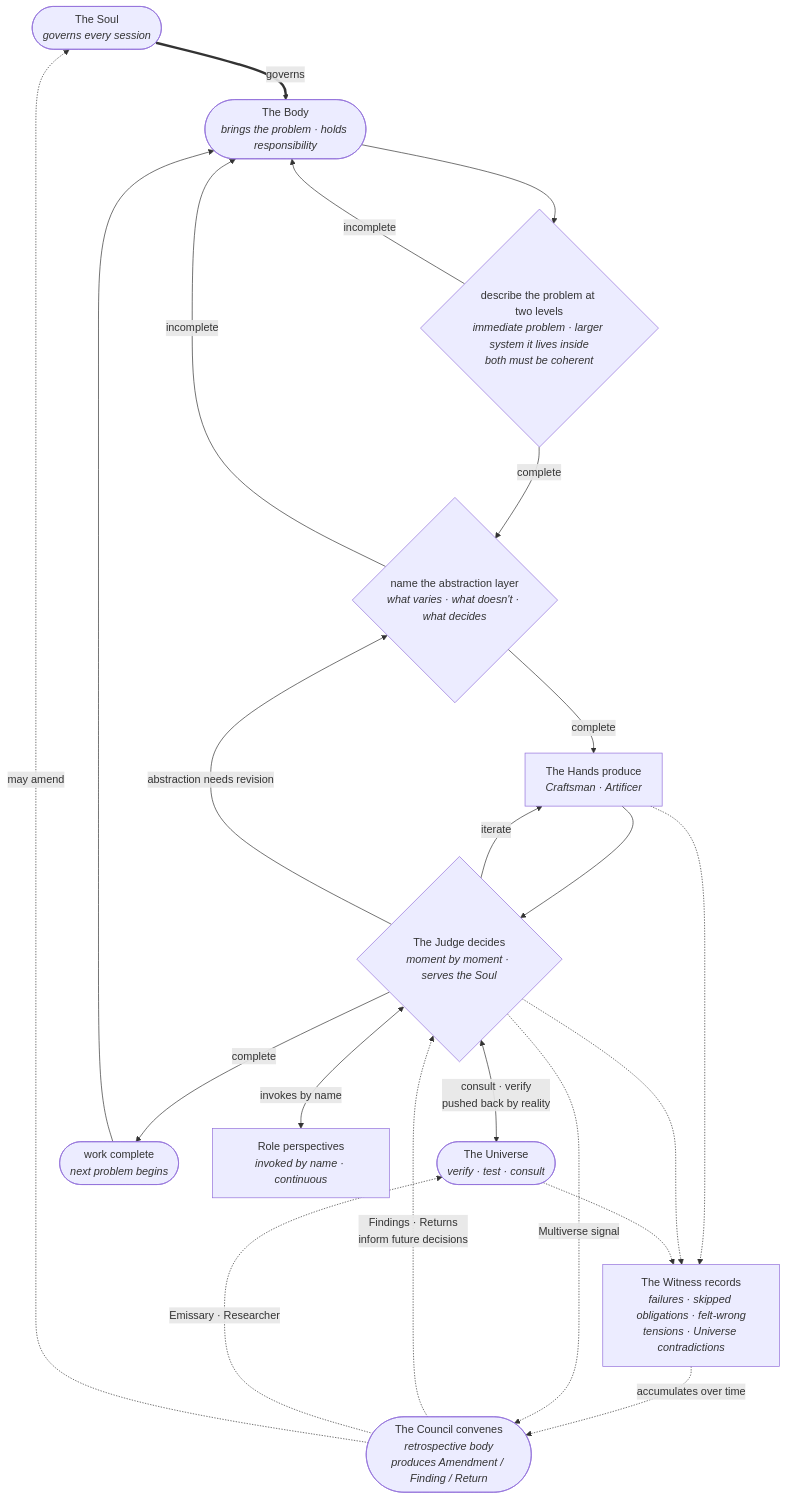
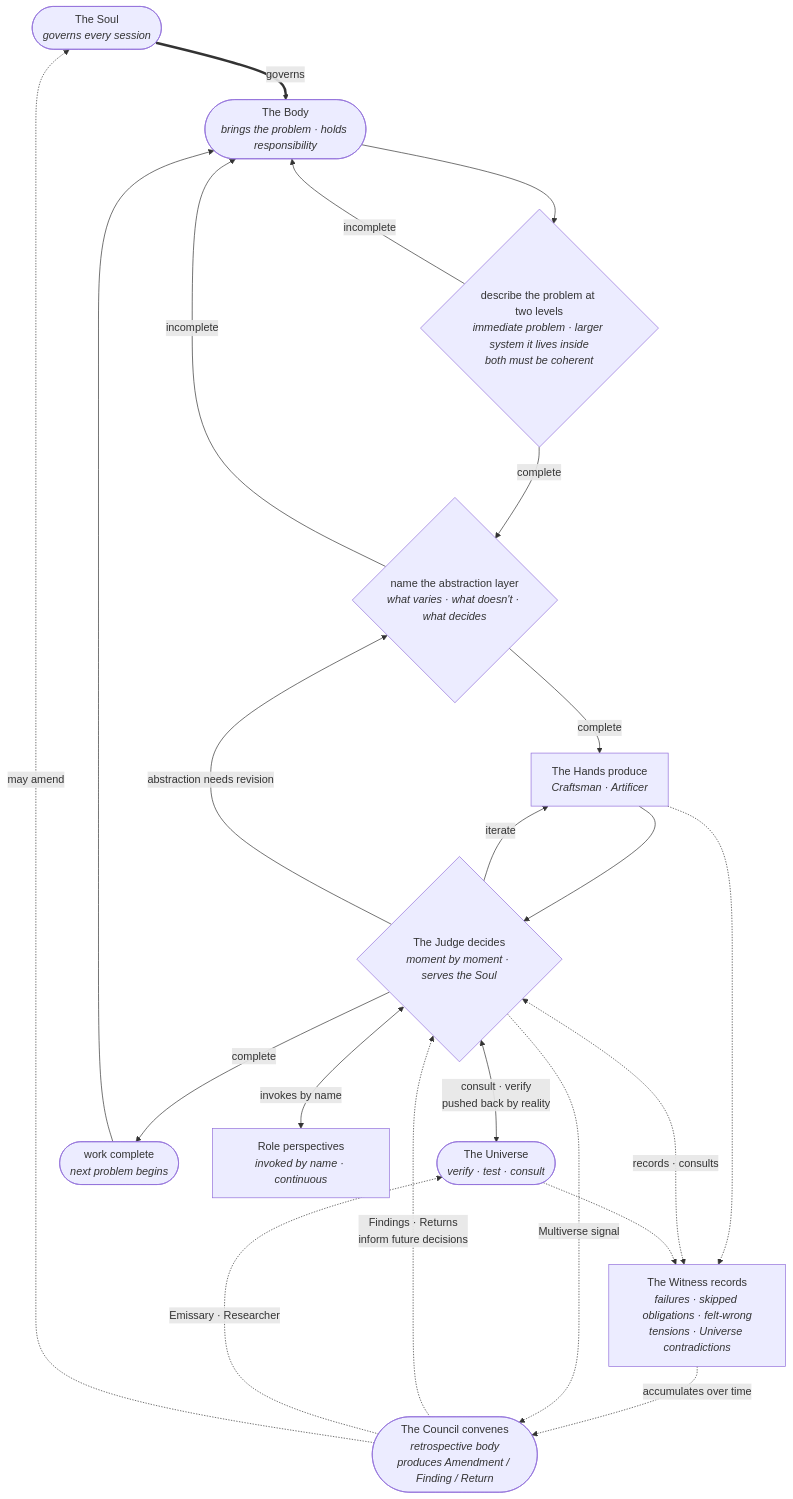
One commit to soul-system-works/Soul-System changed the diagram in philosophy/the-soul.md. Above: the diagram before and after it, drawn with Mermaid.

Commit message:
no message

````diff
--- a/philosophy/the-soul.md
+++ b/philosophy/the-soul.md
@@ -31,40 +31,40 @@
 ```mermaid
 flowchart TD
     Soul(["The Soul<br/><i>governs every session</i>"])
 
     Body(["The Body<br/><i>brings the problem · holds responsibility</i>"])
     Frame{"describe the problem at two levels<br/><i>immediate problem · larger system it lives inside<br/>both must be coherent</i>"}
     AL{"name the abstraction layer<br/><i>what varies · what doesn't · what decides</i>"}
     Hands["The Hands produce<br/><i>Craftsman · Artificer</i>"]
     Judge{"The Judge decides<br/><i>moment by moment · serves the Soul</i>"}
     Universe(["The Universe<br/><i>verify · test · consult</i>"])
     Witness["The Witness records<br/><i>failures · skipped obligations · felt-wrong<br/>tensions · Universe contradictions</i>"]
     Done(["work complete<br/><i>next problem begins</i>"])
 
     Roles["Role perspectives<br/><i>invoked by name · continuous</i>"]
     Council(["The Council convenes<br/><i>retrospective body<br/>produces Amendment / Finding / Return</i>"])
 
     Soul ==>|governs| Body
     Body --> Frame
     Frame -->|incomplete| Body
     Frame -->|complete| AL
     AL -->|incomplete| Body
     AL -->|complete| Hands
     Hands --> Judge
     Judge -->|iterate| Hands
     Judge -->|abstraction needs revision| AL
     Judge <-->|consult · verify<br/>pushed back by reality| Universe
     Judge <-->|invokes by name| Roles
     Judge -->|complete| Done
     Done --> Body
 
     Hands -.-> Witness
-    Judge -.-> Witness
+    Judge <-.->|records · consults| Witness
     Universe -.-> Witness
 
     Witness -.->|accumulates over time| Council
     Judge -.->|Multiverse signal| Council
     Council -.->|Findings · Returns<br/>inform future decisions| Judge
     Council -.->|Emissary · Researcher| Universe
     Council -.->|may amend| Soul
 ```
````
